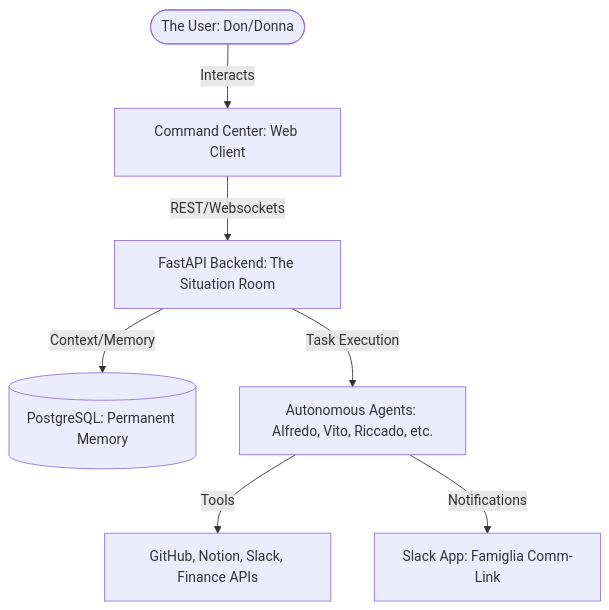
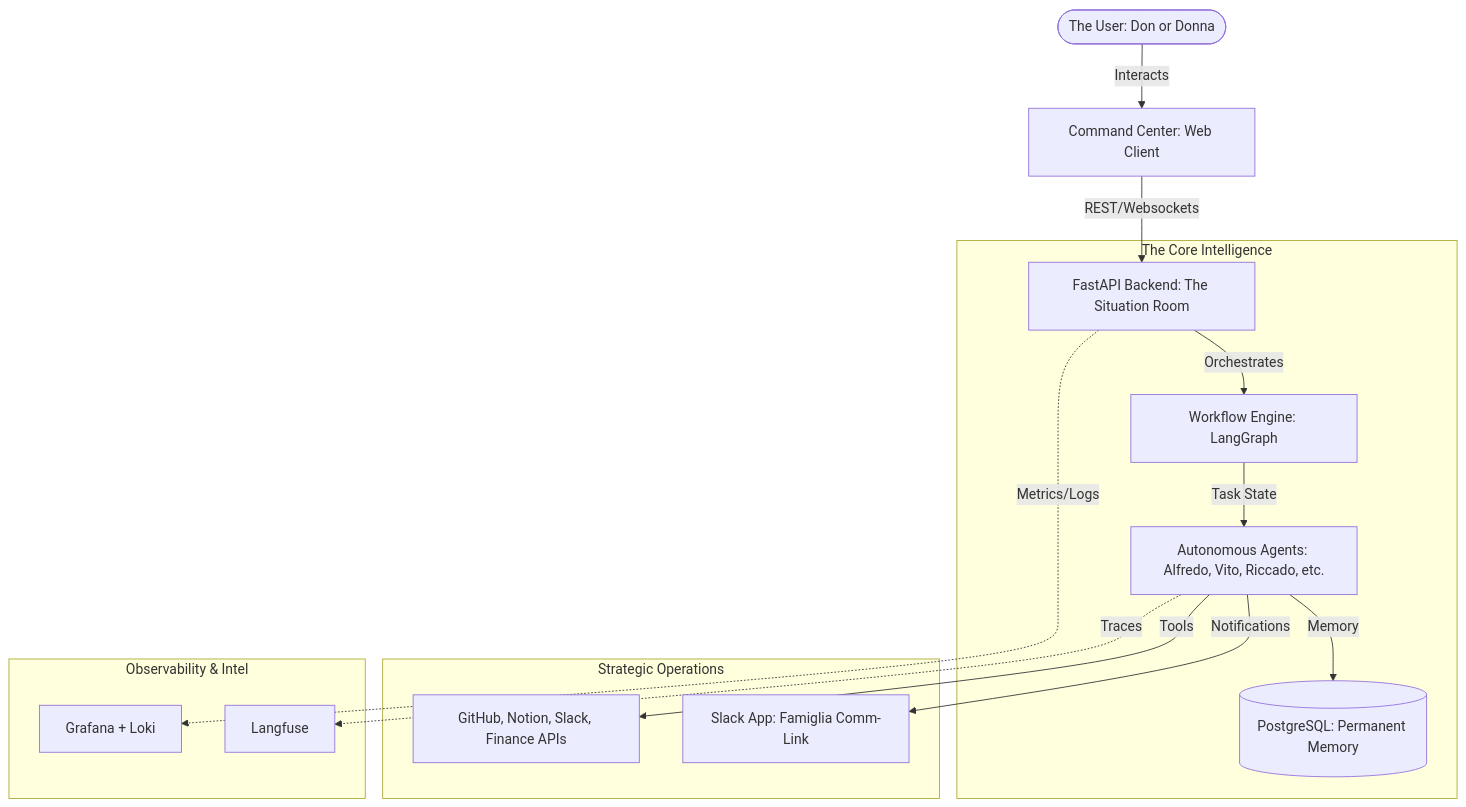
One commit to AI-Passione/famiglia-core changed the diagram in README.md. Above: the diagram before and after it, drawn with Mermaid. The commit also changed other lines of this file, not shown here.

Commit message:
docs: update README with detailed feature descriptions, architecture overview, and revised system diagram

````diff
--- a/README.md
+++ b/README.md
@@ -39,9 +124,21 @@
 ```mermaid
 graph TD
-    User([The User: Don/Donna]) -->|Interacts| Dashboard[Command Center: Web Client]
+    User([The User: Don or Donna]) -->|Interacts| Dashboard[Command Center: Web Client]
     Dashboard -->|REST/Websockets| Backend[FastAPI Backend: The Situation Room]
-    Backend -->|Context/Memory| DB[(PostgreSQL: Permanent Memory)]
-    Backend -->|Task Execution| Agents[Autonomous Agents: Alfredo, Vito, Riccado, etc.]
-    Agents -->|Tools| External[GitHub, Notion, Slack, Finance APIs]
-    Agents -->|Notifications| Slack[Slack App: Famiglia Comm-Link]
+    
+    subgraph Core ["The Core Intelligence"]
+        Backend -->|Orchestrates| Workflow[Workflow Engine: LangGraph]
+        Workflow -->|Task State| Agents[Autonomous Agents: Alfredo, Vito, Riccado, etc.]
+        Agents -->|Memory| DB[(PostgreSQL: Permanent Memory)]
+    end
+    
+    subgraph Ops ["Strategic Operations"]
+        Agents -->|Tools| External[GitHub, Notion, Slack, Finance APIs]
+        Agents -->|Notifications| Slack[Slack App: Famiglia Comm-Link]
+    end
+    
+    subgraph Obs ["Observability & Intel"]
+        Backend -.->|Metrics/Logs| Grafana[Grafana + Loki]
+        Agents -.->|Traces| Langfuse[Langfuse]
+    end
 ```
````
